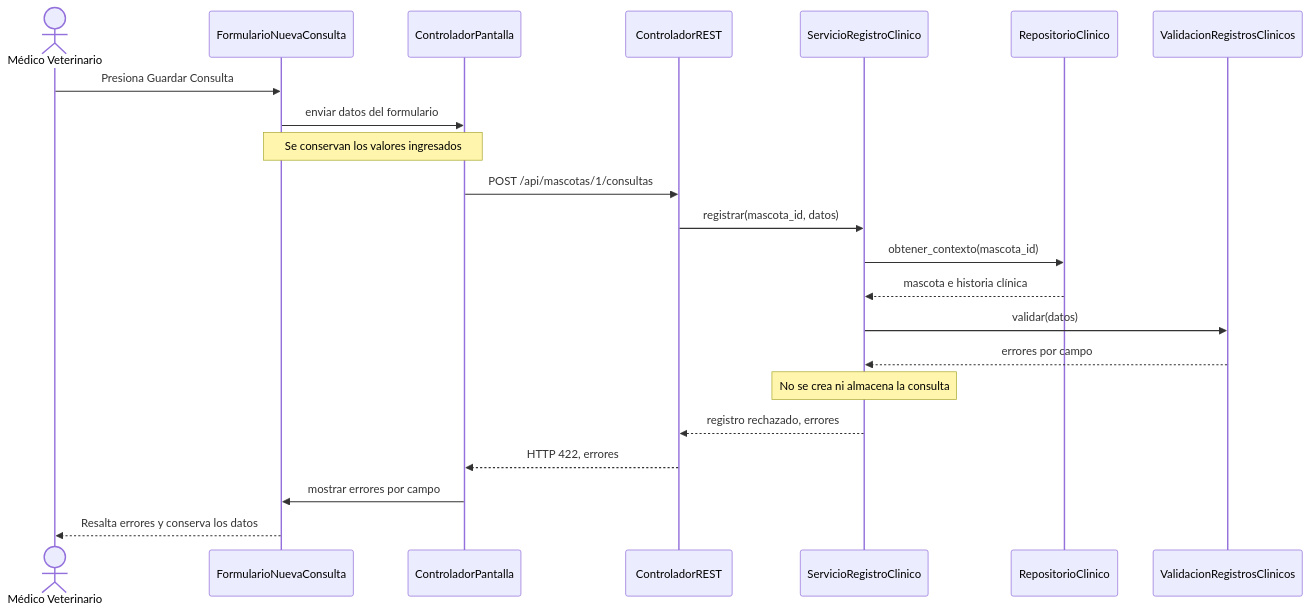
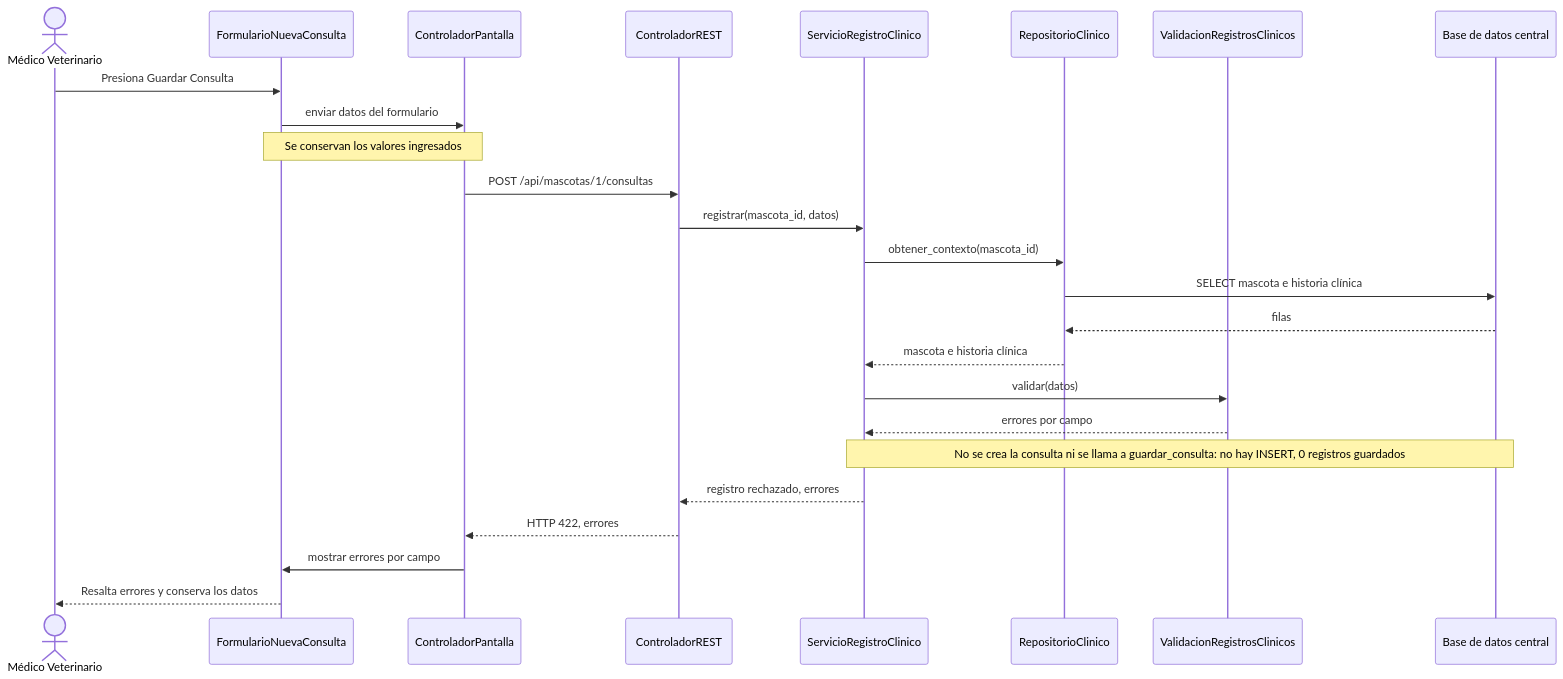
The third of 5 diagrams in docs/design/diseno-detallado.md (DinoMondino/sistema-gestion-veterinaria-2026), drawn with Mermaid before and after one commit. The commit also changed other lines of this file and 1 other file, not shown here.

````diff
--- a/docs/design/diseno-detallado.md
+++ b/docs/design/diseno-detallado.md
@@ -189,29 +208,31 @@
 ```mermaid
 sequenceDiagram
     actor Vet as Médico Veterinario
     participant UI as FormularioNuevaConsulta
     participant CP as ControladorPantalla
     participant REST as ControladorREST
     participant SRC as ServicioRegistroClinico
     participant RC as RepositorioClinico
     participant VAL as ValidacionRegistrosClinicos
+    participant BD as Base de datos central
 
     Vet->>UI: Presiona Guardar Consulta
     UI->>CP: enviar datos del formulario
     Note over UI,CP: Se conservan los valores ingresados
     CP->>REST: POST /api/mascotas/1/consultas
 
     REST->>SRC: registrar(mascota_id, datos)
     SRC->>RC: obtener_contexto(mascota_id)
+    RC->>BD: SELECT mascota e historia clínica
+    BD-->>RC: filas
     RC-->>SRC: mascota e historia clínica
 
     SRC->>VAL: validar(datos)
     VAL-->>SRC: errores por campo
 
-    Note over SRC: No se crea ni almacena la consulta
+    Note over SRC,BD: No se crea la consulta ni se llama a guardar_consulta: no hay INSERT, 0 registros guardados
     SRC-->>REST: registro rechazado, errores
     REST-->>CP: HTTP 422, errores
     CP->>UI: mostrar errores por campo
     UI-->>Vet: Resalta errores y conserva los datos
-
 ```
````
